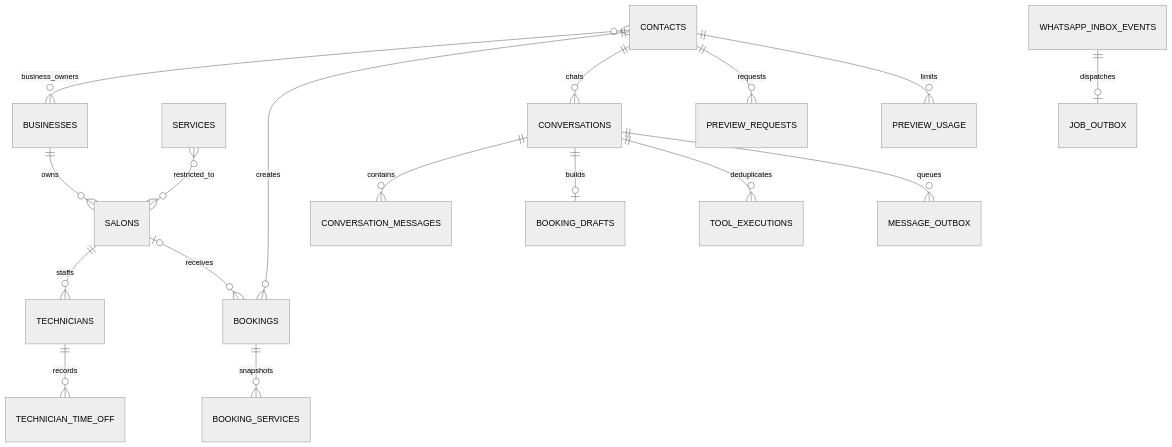
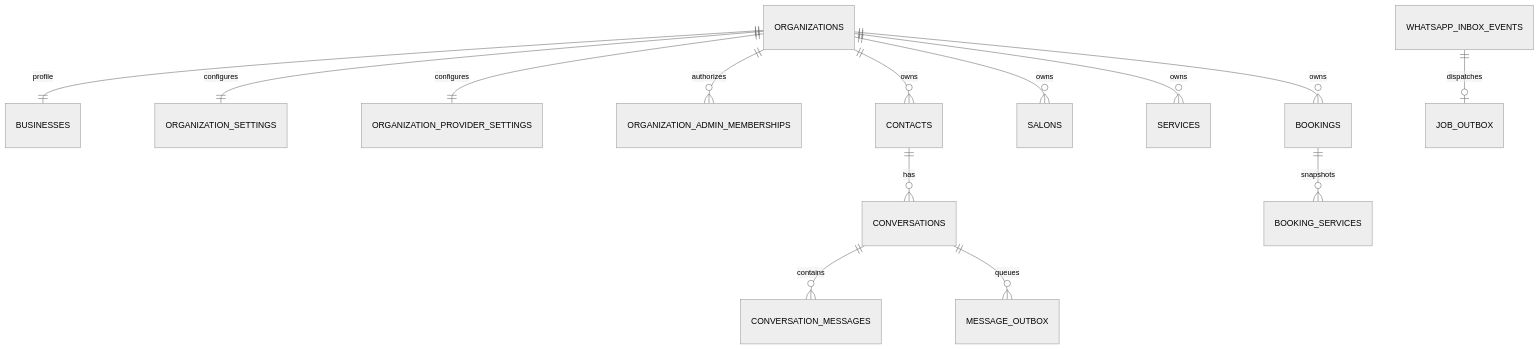
One commit to klardaofficial/nail-salon-platform changed the diagram in docs/architecture/data-model.md. Above: the diagram before and after it, drawn with Mermaid (neutral theme). The commit also changed other lines of this file and 167 other files, not shown here.

First line of the commit message:
﻿refactor: complete multi-organization architecture refactor

````diff
--- a/docs/architecture/data-model.md
+++ b/docs/architecture/data-model.md
@@ -3,19 +3,16 @@
 ```mermaid
 erDiagram
-  BUSINESSES ||--o{ SALONS : owns
-  CONTACTS }o--o{ BUSINESSES : business_owners
-  SERVICES }o--o{ SALONS : restricted_to
-  SALONS ||--o{ TECHNICIANS : staffs
-  TECHNICIANS ||--o{ TECHNICIAN_TIME_OFF : records
-  CONTACTS ||--o{ BOOKINGS : creates
-  SALONS |o--o{ BOOKINGS : receives
+  ORGANIZATIONS ||--|| BUSINESSES : profile
+  ORGANIZATIONS ||--|| ORGANIZATION_SETTINGS : configures
+  ORGANIZATIONS ||--|| ORGANIZATION_PROVIDER_SETTINGS : configures
+  ORGANIZATIONS ||--o{ ORGANIZATION_ADMIN_MEMBERSHIPS : authorizes
+  ORGANIZATIONS ||--o{ CONTACTS : owns
+  ORGANIZATIONS ||--o{ SALONS : owns
+  ORGANIZATIONS ||--o{ SERVICES : owns
+  ORGANIZATIONS ||--o{ BOOKINGS : owns
+  CONTACTS ||--o{ CONVERSATIONS : has
+  CONVERSATIONS ||--o{ CONVERSATION_MESSAGES : contains
   BOOKINGS ||--o{ BOOKING_SERVICES : snapshots
-  CONTACTS ||--o{ CONVERSATIONS : chats
-  CONVERSATIONS ||--o{ CONVERSATION_MESSAGES : contains
-  CONVERSATIONS ||--o| BOOKING_DRAFTS : builds
-  CONVERSATIONS ||--o{ TOOL_EXECUTIONS : deduplicates
-  CONTACTS ||--o{ PREVIEW_REQUESTS : requests
-  CONTACTS ||--o{ PREVIEW_USAGE : limits
   WHATSAPP_INBOX_EVENTS ||--o| JOB_OUTBOX : dispatches
   CONVERSATIONS ||--o{ MESSAGE_OUTBOX : queues
 ```
````
